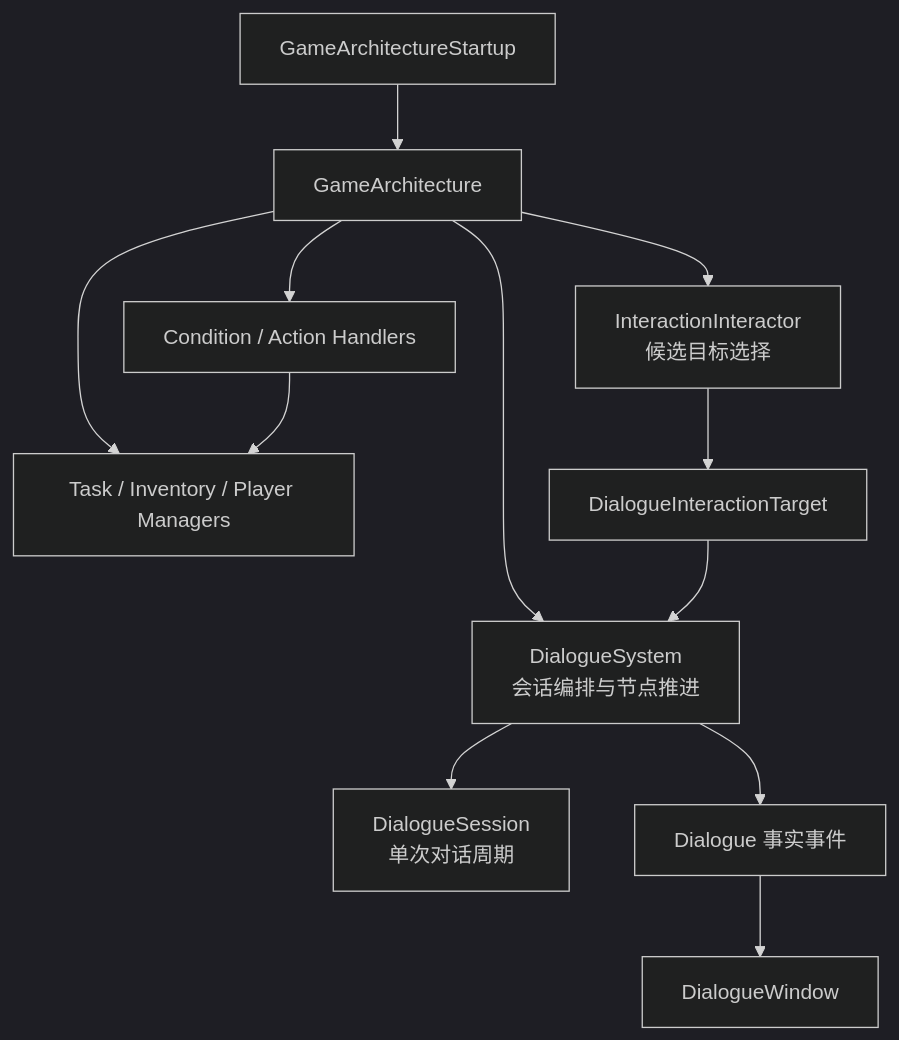
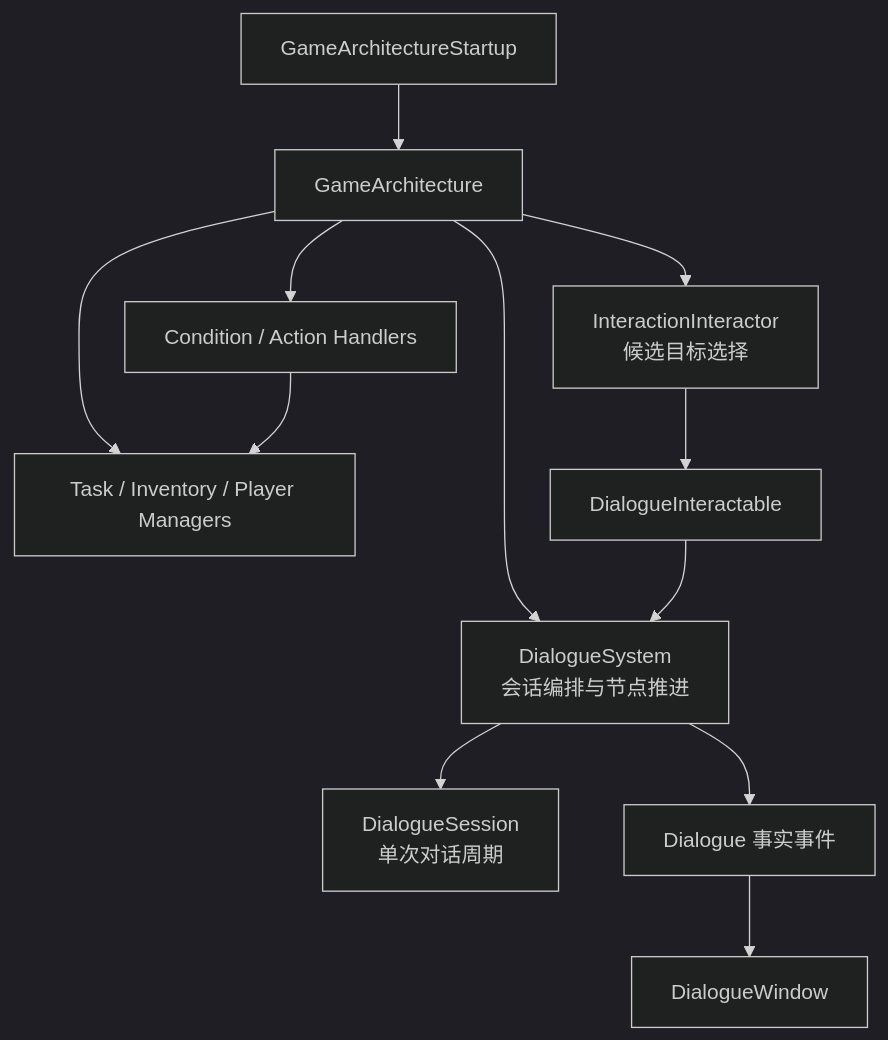
One commit to Whitesheeeep/3DRPG changed the first of 3 diagrams in Assets/Scripts/DialogueSystem/DialogueSystem_Requirements.md. Above: the diagram before and after it, drawn with Mermaid (dark theme). The commit also changed other lines of this file and 84 other files, not shown here.

````diff
--- a/Assets/Scripts/DialogueSystem/DialogueSystem_Requirements.md
+++ b/Assets/Scripts/DialogueSystem/DialogueSystem_Requirements.md
@@ -38,14 +38,14 @@
 ```mermaid
 flowchart TD
     Startup["GameArchitectureStartup"] --> Architecture["GameArchitecture"]
     Architecture --> DialogueSystem["DialogueSystem\n会话编排与节点推进"]
     Architecture --> InteractionInteractor["InteractionInteractor\n候选目标选择"]
     Architecture --> Handlers["Condition / Action Handlers"]
     Architecture --> Business["Task / Inventory / Player Managers"]
     Handlers --> Business
-    InteractionInteractor --> DialogueTarget["DialogueInteractionTarget"]
+    InteractionInteractor --> DialogueTarget["DialogueInteractable"]
     DialogueTarget --> DialogueSystem
     DialogueSystem --> Session["DialogueSession\n单次对话周期"]
     DialogueSystem --> Events["Dialogue 事实事件"]
     Events --> Window["DialogueWindow"]
 ```
````
